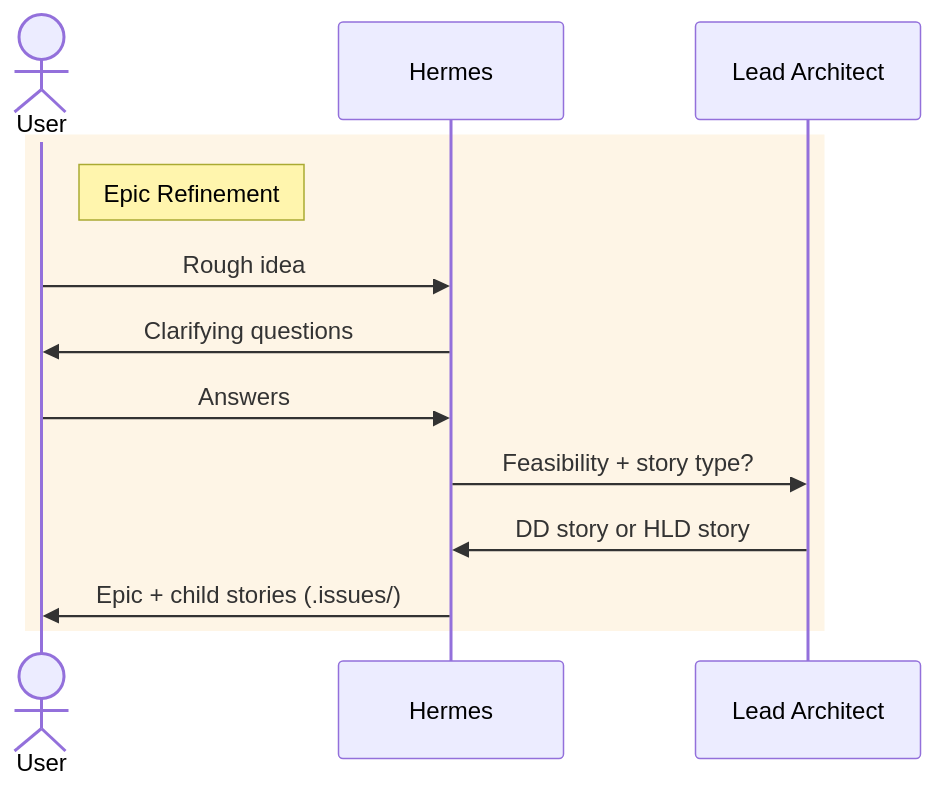
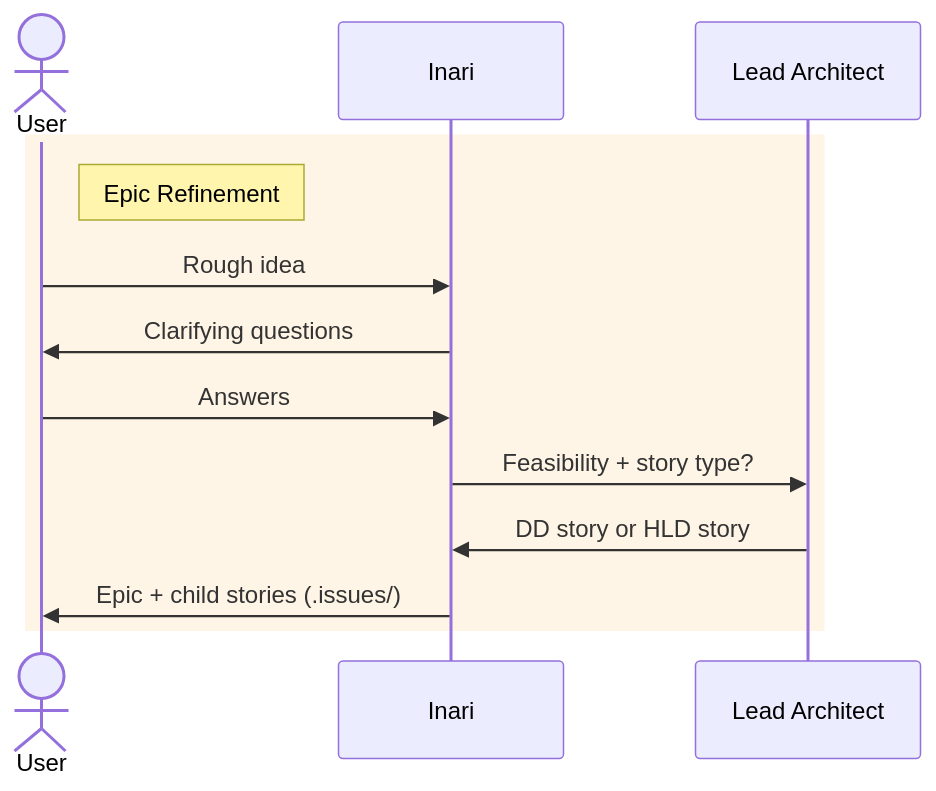
Before and after one commit to dragoscirjan/opencode-config: the second of 6 diagrams in README_DEV.md, drawn with Mermaid. The commit also changed other lines of this file and 25 other files, not shown here.

````diff
--- a/README_DEV.md
+++ b/README_DEV.md
@@ -85,16 +85,16 @@
 ```mermaid
 sequenceDiagram
     actor User
-    participant H as Hermes
+    participant H as Inari
     participant LA as Lead Architect
 
     rect rgb(245, 158, 11, 0.1)
     note right of User: Epic Refinement
     User->>H: Rough idea
     H->>User: Clarifying questions
     User->>H: Answers
     H->>LA: Feasibility + story type?
     LA->>H: DD story or HLD story
     H->>User: Epic + child stories (.issues/)
     end
 ```
````
